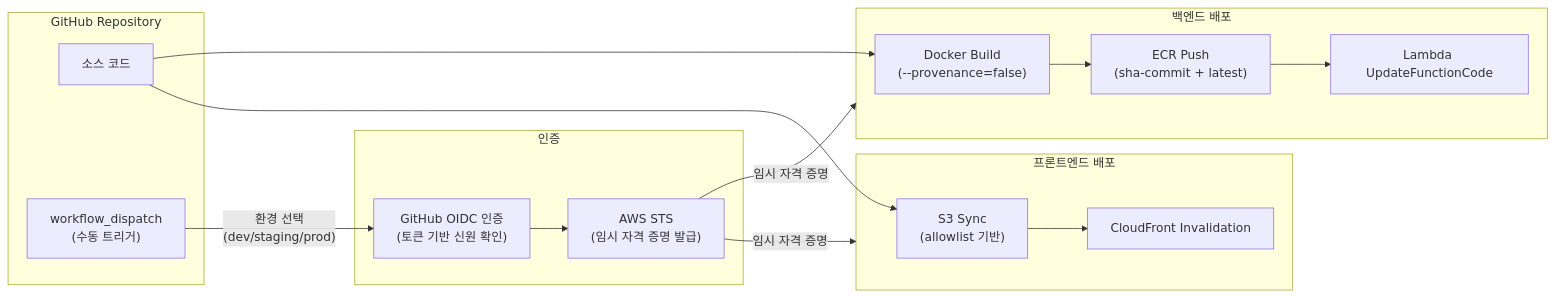
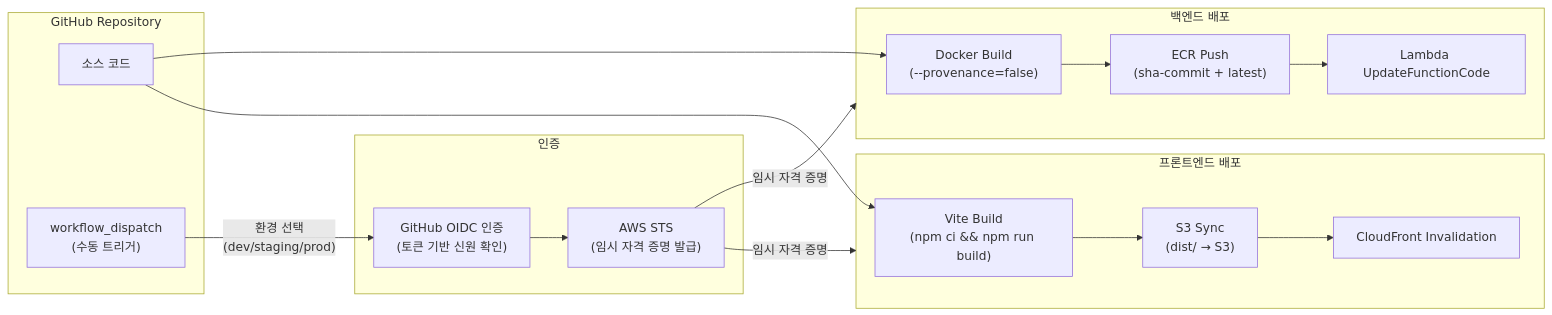
Before and after one commit to revenantonthemission/2-cho-community-fe: the seventh of 18 diagrams in report.md, drawn with Mermaid. The commit also changed other lines of this file and 1 other file, not shown here.

````diff
--- a/report.md
+++ b/report.md
@@ -366,35 +366,37 @@
 ```mermaid
 flowchart LR
     subgraph GitHub["GitHub Repository"]
         Code["소스 코드"]
         WD["workflow_dispatch<br/>(수동 트리거)"]
     end
 
     subgraph Auth["인증"]
         OIDC["GitHub OIDC 인증<br/>(토큰 기반 신원 확인)"]
         STS["AWS STS<br/>(임시 자격 증명 발급)"]
     end
 
     subgraph Backend_Deploy["백엔드 배포"]
         Docker["Docker Build<br/>(--provenance=false)"]
         ECR_Push["ECR Push<br/>(sha-commit + latest)"]
         Lambda_Update["Lambda UpdateFunctionCode"]
     end
 
     subgraph Frontend_Deploy["프론트엔드 배포"]
-        S3_Sync["S3 Sync<br/>(allowlist 기반)"]
+        FE_Build["Vite Build<br/>(npm ci && npm run build)"]
+        S3_Sync["S3 Sync<br/>(dist/ → S3)"]
         CF_Inv["CloudFront Invalidation"]
     end
 
     WD -->|"환경 선택<br/>(dev/staging/prod)"| OIDC
     OIDC --> STS
     STS -->|"임시 자격 증명"| Backend_Deploy
     STS -->|"임시 자격 증명"| Frontend_Deploy
 
     Code --> Docker
     Docker --> ECR_Push
     ECR_Push --> Lambda_Update
 
-    Code --> S3_Sync
+    Code --> FE_Build
+    FE_Build --> S3_Sync
     S3_Sync --> CF_Inv
 ```
````
